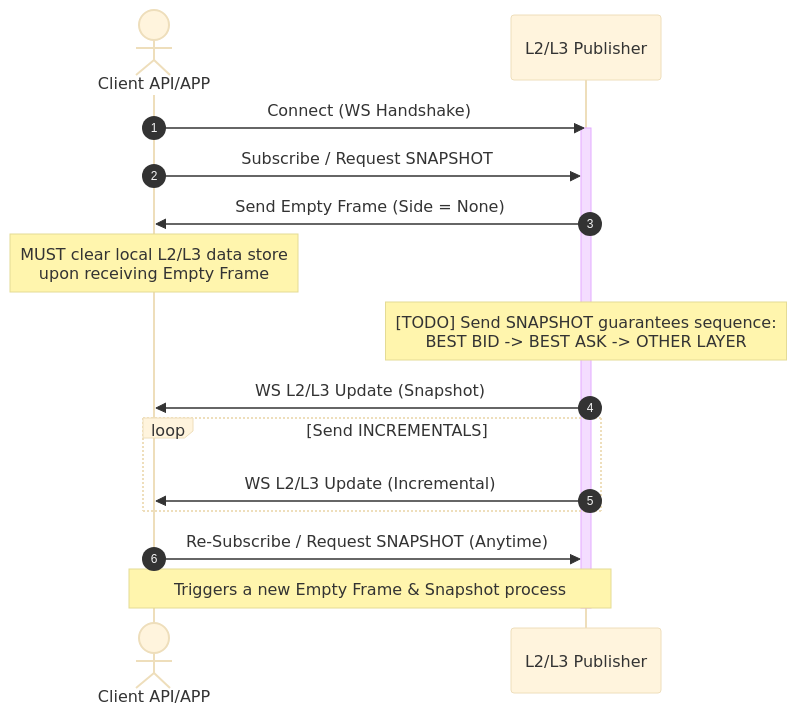
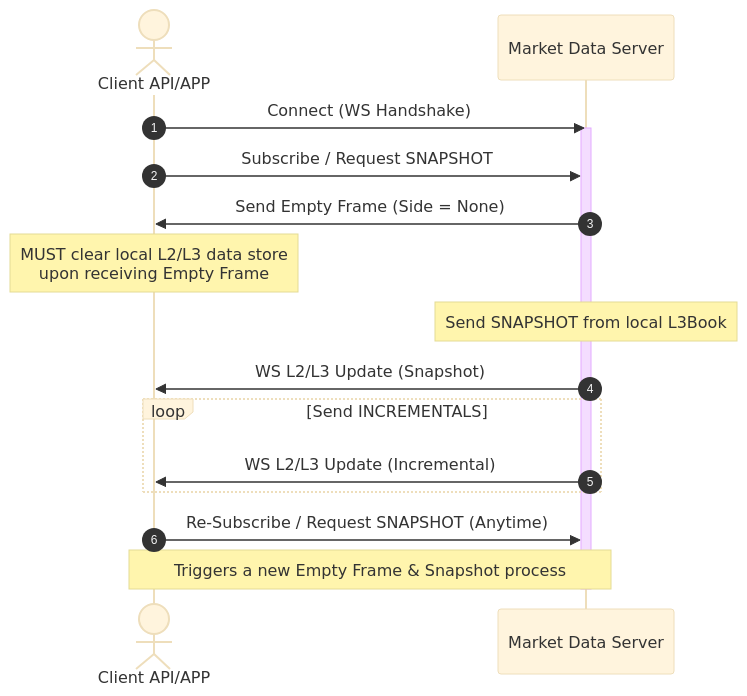
One commit to harvey-euph/Electronic-Exchange-Simulator changed the third of 4 diagrams in README.md. Above: the diagram before and after it, drawn with Mermaid (base theme). The commit also changed other lines of this file, not shown here.

````diff
--- a/README.md
+++ b/README.md
@@ -86,27 +82,27 @@
 ```mermaid
 sequenceDiagram
     autonumber
     actor Client as Client API/APP
-    participant Pub as L2/L3 Publisher
+    participant Pub as Market Data Server
 
     Client->>Pub: Connect (WS Handshake)
     activate Pub
     
     Client->>Pub: Subscribe / Request SNAPSHOT
     
     Pub->>Client: Send Empty Frame (Side = None)
     Note over Client: MUST clear local L2/L3 data store<br/>upon receiving Empty Frame
     
-    Note over Pub: [TODO] Send SNAPSHOT guarantees sequence:<br/>BEST BID -> BEST ASK -> OTHER LAYER
+    Note over Pub: Send SNAPSHOT from local L3Book
     
     Pub->>Client: WS L2/L3 Update (Snapshot)
     
     loop Send INCREMENTALS
         Pub->>Client: WS L2/L3 Update (Incremental)
     end
     
     Client->>Pub: Re-Subscribe / Request SNAPSHOT (Anytime)
     Note over Client, Pub: Triggers a new Empty Frame & Snapshot process
     
     deactivate Pub
 ```
````
